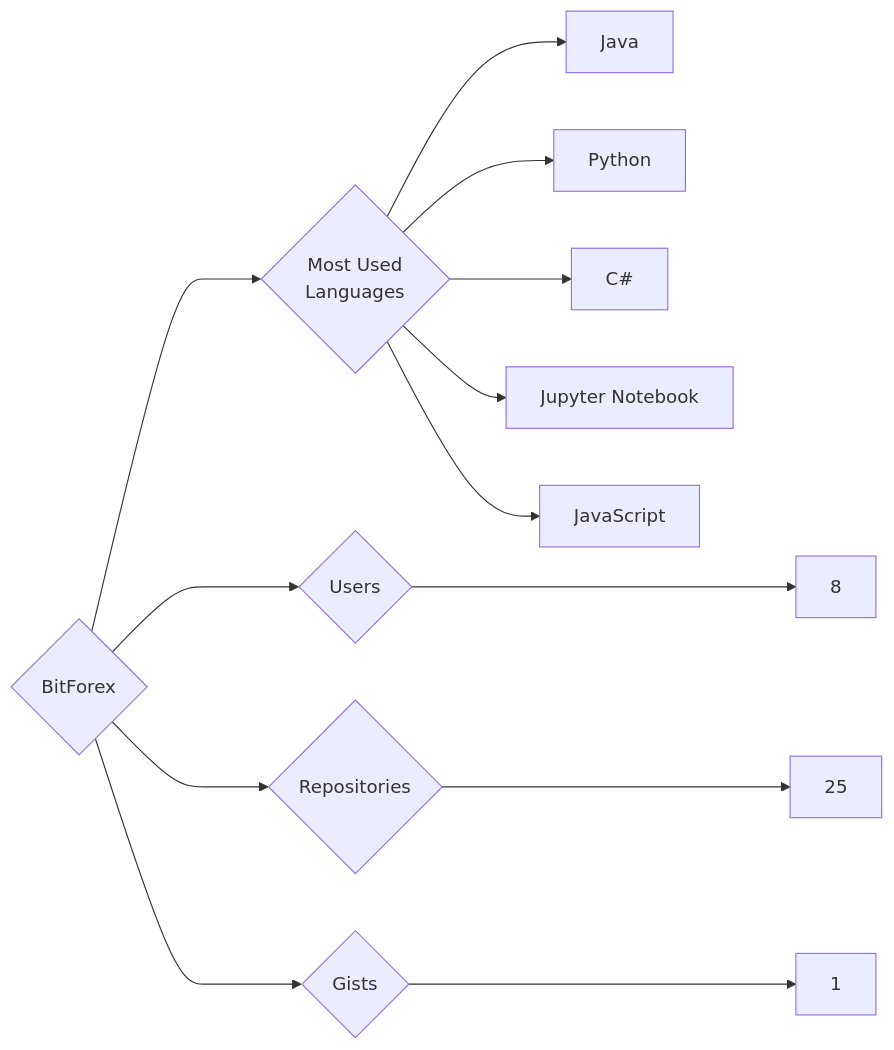
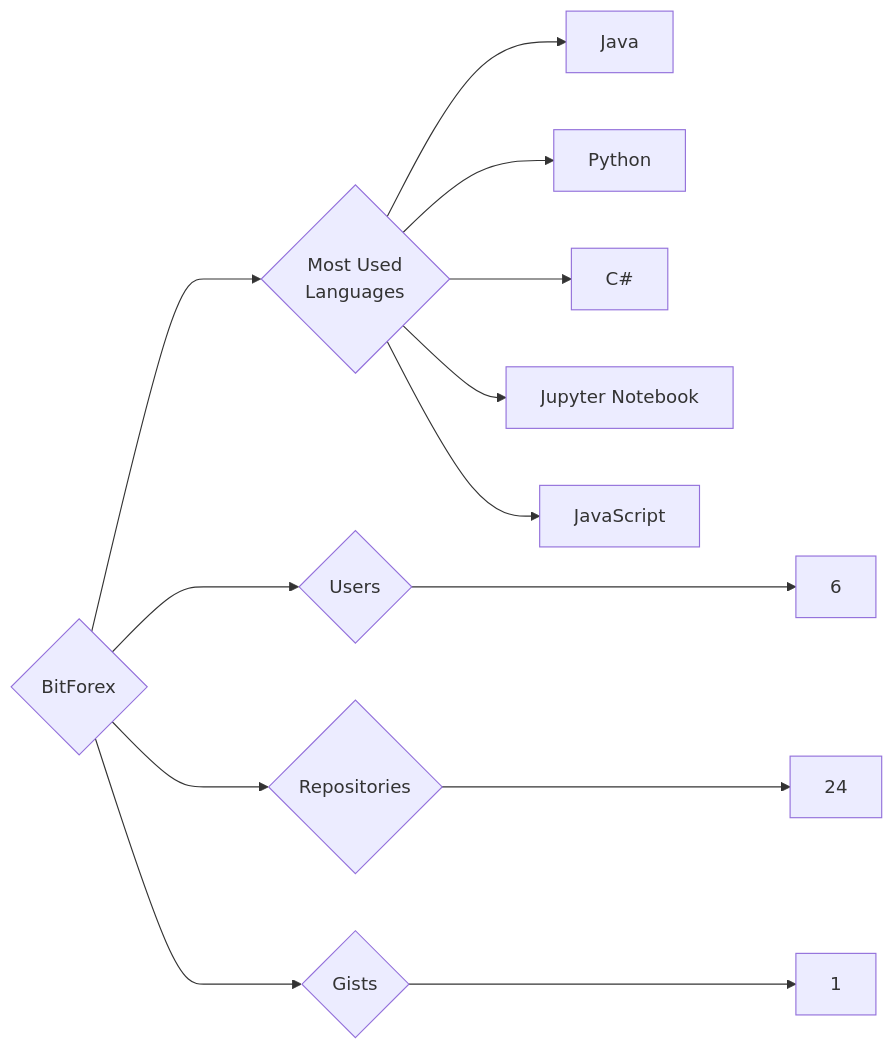
One commit to trickest/insiders changed the diagram in targets/BitForex/README.md. Above: the diagram before and after it, drawn with Mermaid. The commit also changed 1167 other files, not shown here.

````diff
--- a/targets/BitForex/README.md
+++ b/targets/BitForex/README.md
@@ -3,13 +3,13 @@
 ```mermaid
 graph LR
 COMPANY_NAME{BitForex}
-COMPANY_NAME ---> U{Users} ---> UN[8]
-COMPANY_NAME ---> R{Repositories} ---> RN[25]
+COMPANY_NAME ---> U{Users} ---> UN[6]
+COMPANY_NAME ---> R{Repositories} ---> RN[24]
 COMPANY_NAME ---> G{Gists} ---> GN[1]
 COMPANY_NAME ---> ML{Most Used<br>Languages}
 ML --> Java[Java]
 ML --> Python[Python]
 ML --> C#[C#]
 ML --> Jupyter_Notebook[Jupyter Notebook]
 ML --> JavaScript[JavaScript]
 ```
````
